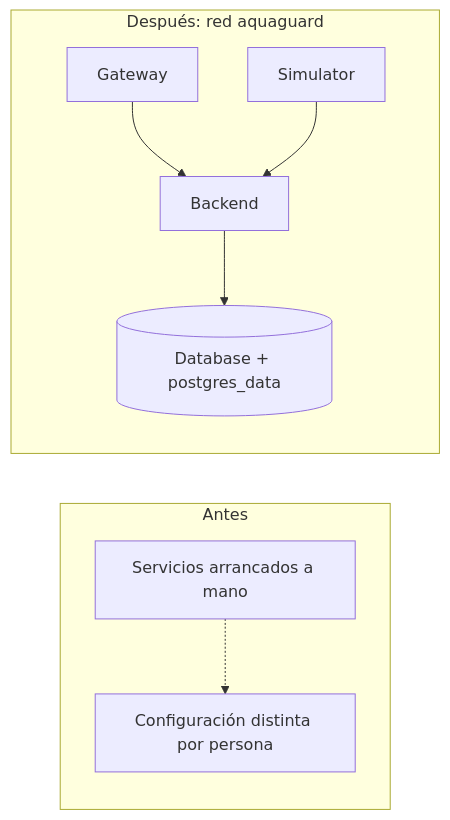
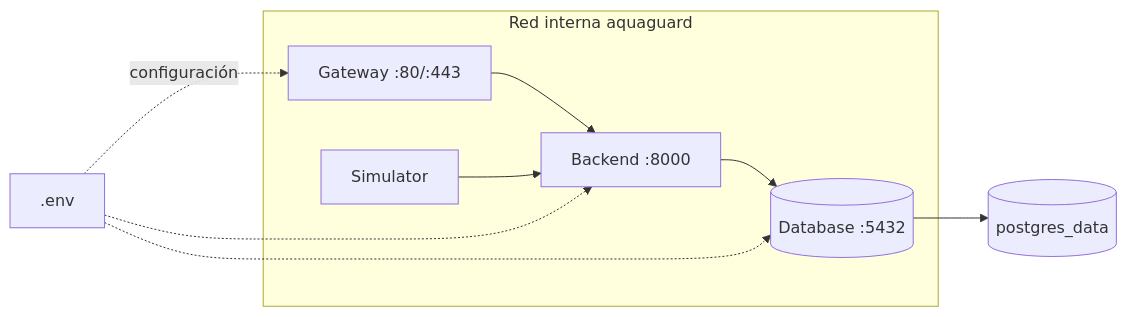
The second of 3 diagrams in docs/daruny/09-compose/03-diagrama.md (Anagamedina/ft_transcendence), drawn with Mermaid before and after one commit. The commit also changed other lines of this file and 42 other files, not shown here.

````diff
--- a/docs/daruny/09-compose/03-diagrama.md
+++ b/docs/daruny/09-compose/03-diagrama.md
@@ -3,12 +12,12 @@
 ```mermaid
 flowchart LR
- subgraph Antes[Antes]
-  A[Servicios arrancados a mano]
-  A -.-> B[Configuración distinta por persona]
+ subgraph Red[Red interna aquaguard]
+  G[Gateway :80/:443] --> BE[Backend :8000]
+  SIM[Simulator] --> BE
+  BE --> DB[(Database :5432)]
  end
- subgraph Despues[Después: red aquaguard]
-  G[Gateway] --> BE[Backend]
-  SIM[Simulator] --> BE
-  BE --> DB[(Database + postgres_data)]
- end
+ DB --> V[(postgres_data)]
+ E[.env] -. configuración .-> G
+ E -.-> BE
+ E -.-> DB
 ```
````
